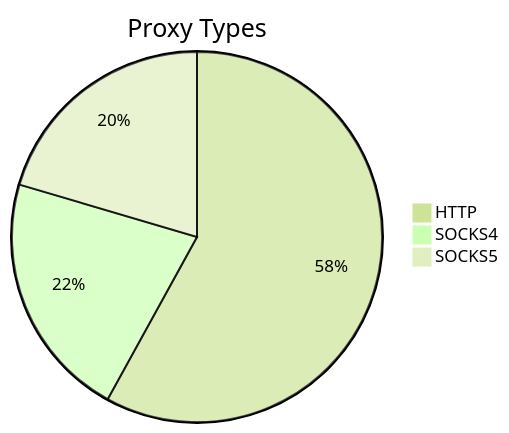
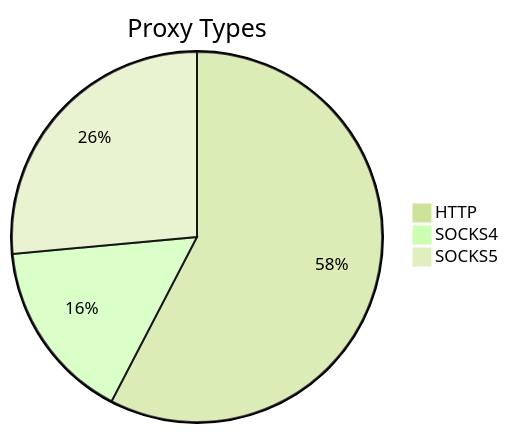
Before and after one commit to stormsia/proxy-list: the first of 2 diagrams in README.md, drawn with Mermaid (forest theme). The commit also changed other lines of this file, not shown here.

````diff
--- a/README.md
+++ b/README.md
@@ -21,6 +21,6 @@
 ```mermaid
 pie title Proxy Types
-    "HTTP" : 565
-    "SOCKS4" : 210
-    "SOCKS5" : 199
+    "HTTP" : 355
+    "SOCKS4" : 98
+    "SOCKS5" : 163
 ```
````
